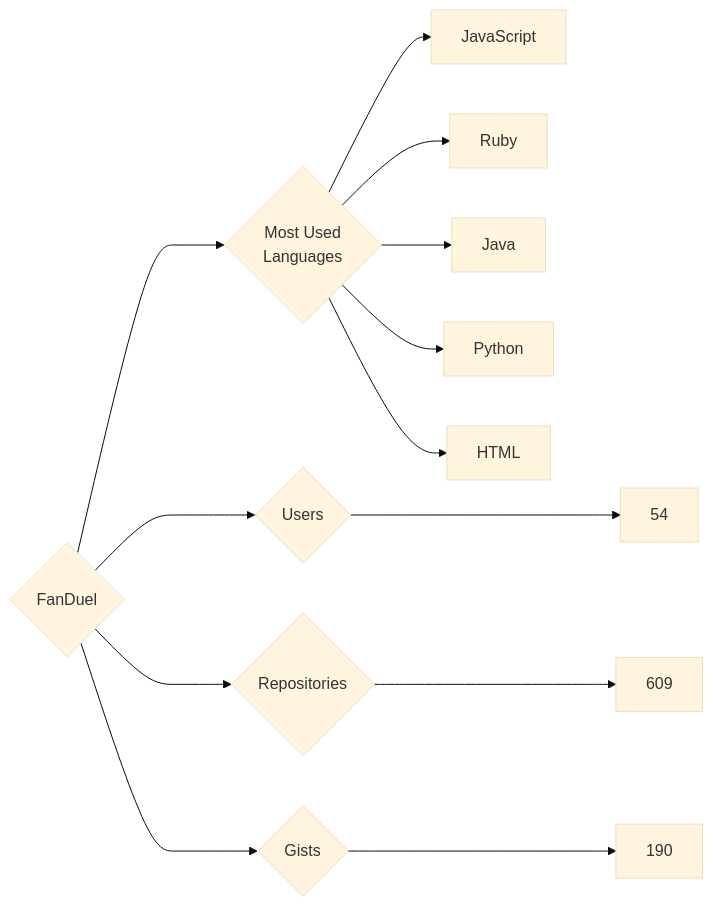
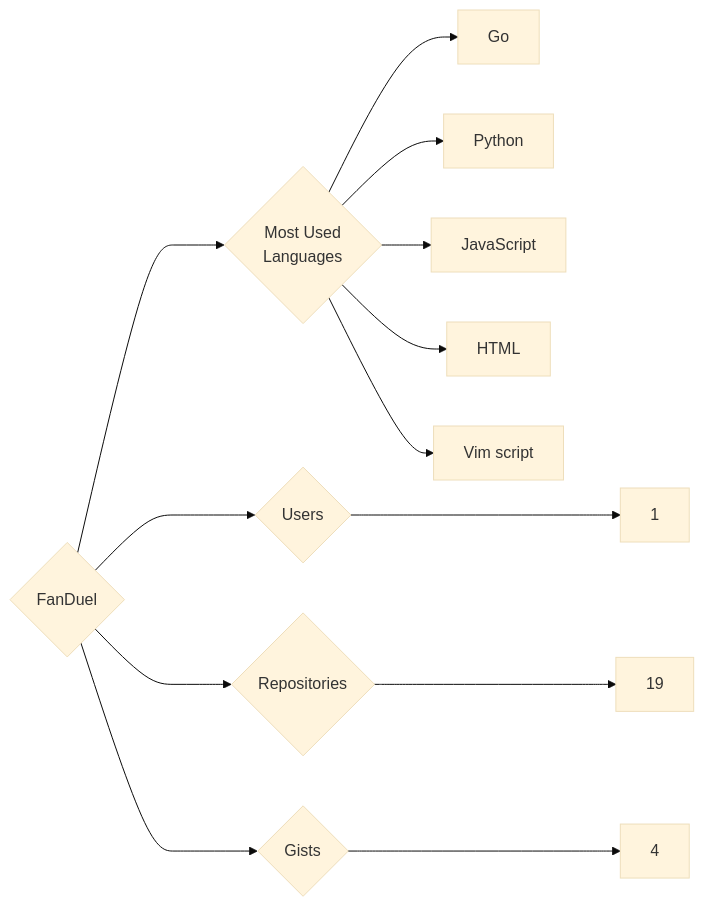
One commit to trickest/insiders changed the diagram in targets/FanDuel/README.md. Above: the diagram before and after it, drawn with Mermaid (base theme). The commit also changed 872 other files, not shown here.

````diff
--- a/targets/FanDuel/README.md
+++ b/targets/FanDuel/README.md
@@ -3,13 +3,13 @@
 ```mermaid
 graph LR
 COMPANY_NAME{FanDuel}
-COMPANY_NAME ---> U{Users} ---> UN[54]
-COMPANY_NAME ---> R{Repositories} ---> RN[609]
-COMPANY_NAME ---> G{Gists} ---> GN[190]
+COMPANY_NAME ---> U{Users} ---> UN[1]
+COMPANY_NAME ---> R{Repositories} ---> RN[19]
+COMPANY_NAME ---> G{Gists} ---> GN[4]
 COMPANY_NAME ---> ML{Most Used<br>Languages}
+ML --> Go[Go]
+ML --> Python[Python]
 ML --> JavaScript[JavaScript]
-ML --> Ruby[Ruby]
-ML --> Java[Java]
-ML --> Python[Python]
 ML --> HTML[HTML]
+ML --> Vim_script[Vim script]
 ```
````
